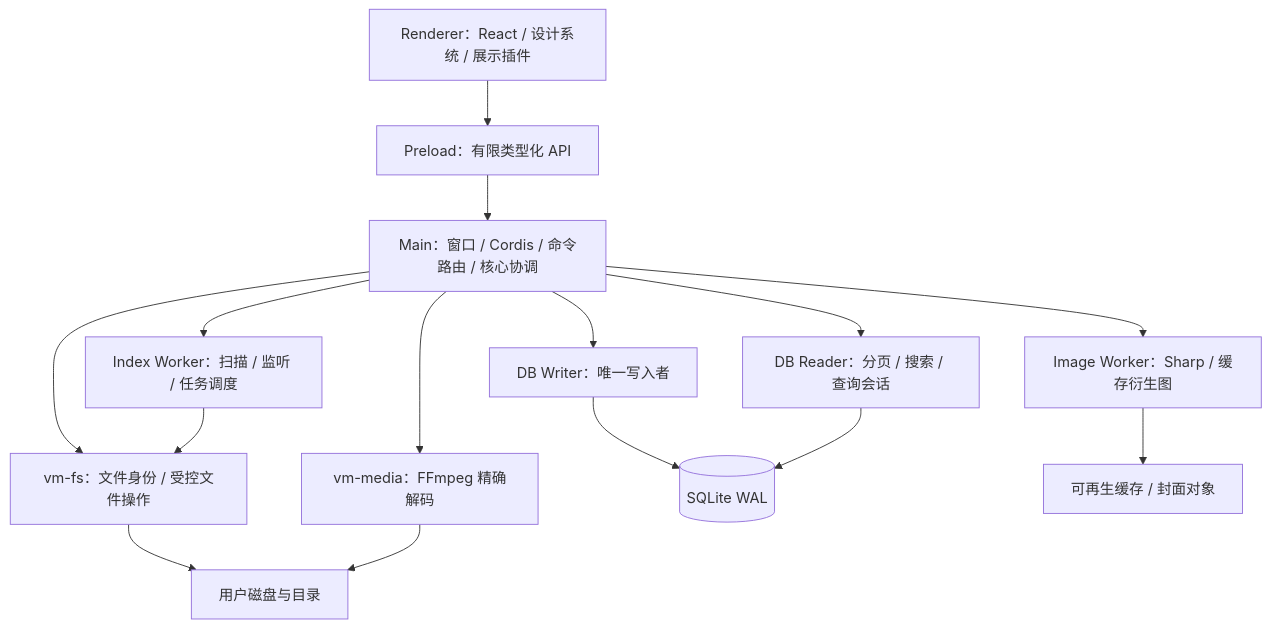
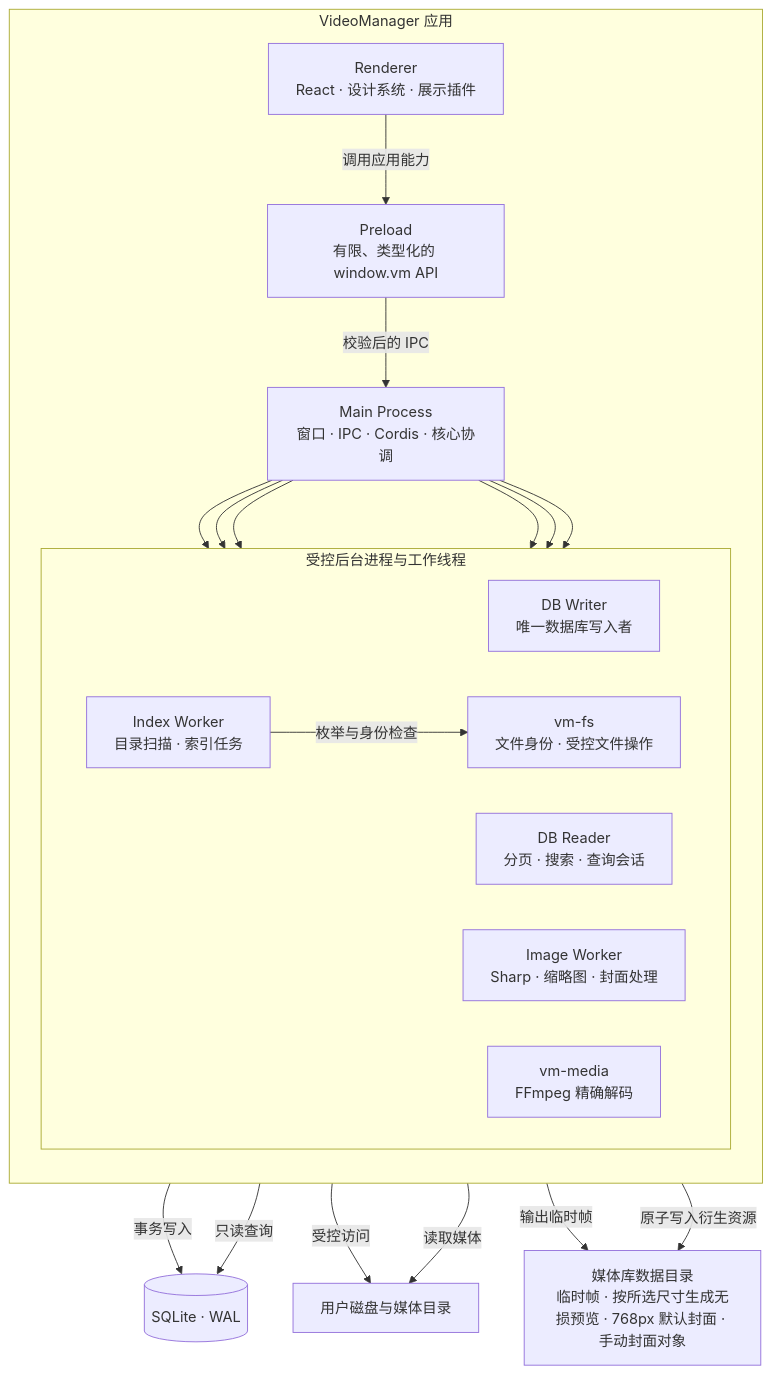
One commit to HappyZtao/VideoManager changed the first of 4 diagrams in docs/TRD.md. Above: the diagram before and after it, drawn with Mermaid. The commit also changed 29 other files, not shown here.

````diff
--- a/docs/TRD.md
+++ b/docs/TRD.md
@@ -72,17 +72,36 @@
 ```mermaid
 flowchart TB
-    UI[Renderer：React / 设计系统 / 展示插件] --> PRE[Preload：有限类型化 API]
-    PRE --> HOST[Main：窗口 / Cordis / 命令路由 / 核心协调]
-    HOST --> DBW[DB Writer：唯一写入者]
-    HOST --> DBR[DB Reader：分页 / 搜索 / 查询会话]
-    HOST --> INDEX[Index Worker：扫描 / 监听 / 任务调度]
-    HOST --> IMG[Image Worker：Sharp / 缓存衍生图]
-    HOST --> MEDIA[vm-media：FFmpeg 精确解码]
-    HOST --> FS[vm-fs：文件身份 / 受控文件操作]
-    INDEX --> FS
-    DBW --> DB[(SQLite WAL)]
-    DBR --> DB
-    FS --> FILES[用户磁盘与目录]
-    MEDIA --> FILES
-    IMG --> CACHE[可再生缓存 / 封面对象]
+    subgraph APP["VideoManager 应用"]
+        direction TB
+        UI["Renderer<br/>React · 设计系统 · 展示插件"]
+        PRE["Preload<br/>有限、类型化的 window.vm API"]
+        HOST["Main Process<br/>窗口 · IPC · Cordis · 核心协调"]
+
+        subgraph WORKERS["受控后台进程与工作线程"]
+            direction LR
+            DBW["DB Writer<br/>唯一数据库写入者"]
+            DBR["DB Reader<br/>分页 · 搜索 · 查询会话"]
+            INDEX["Index Worker<br/>目录扫描 · 索引任务"]
+            IMG["Image Worker<br/>Sharp · 缩略图 · 封面处理"]
+            MEDIA["vm-media<br/>FFmpeg 精确解码"]
+            FS["vm-fs<br/>文件身份 · 受控文件操作"]
+        end
+
+        UI -->|"调用应用能力"| PRE
+        PRE -->|"校验后的 IPC"| HOST
+        HOST --> DBW
+        HOST --> DBR
+        HOST --> INDEX
+        HOST --> IMG
+        HOST --> MEDIA
+        HOST --> FS
+        INDEX -->|"枚举与身份检查"| FS
+    end
+
+    DBW -->|"事务写入"| DB[("SQLite · WAL")]
+    DBR -->|"只读查询"| DB
+    FS -->|"受控访问"| FILES["用户磁盘与媒体目录"]
+    MEDIA -->|"读取媒体"| FILES
+    MEDIA -->|"输出临时帧"| CACHE["媒体库数据目录<br/>临时帧 · 按所选尺寸生成无损预览 · 768px 默认封面 · 手动封面对象"]
+    IMG -->|"原子写入衍生资源"| CACHE
 ```
````
